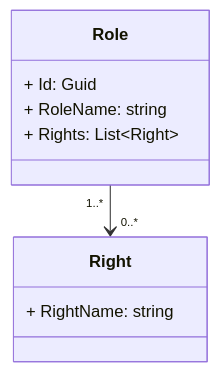
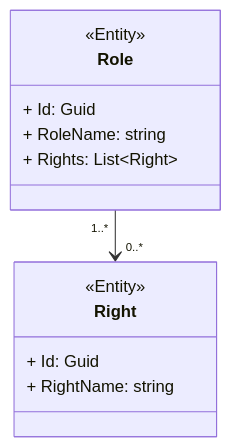
One commit to sdlfly2000/AuthenticationServer changed the diagram in UML/Domain/Domain.Role.md. Above: the diagram before and after it, drawn with Mermaid. The commit also changed 7 other files, not shown here.

````diff
--- a/UML/Domain/Domain.Role.md
+++ b/UML/Domain/Domain.Role.md
@@ -3,21 +3,24 @@
 ```mermaid
 ---
 config:
     class:
         hideEmptyMembersBox: true
 ---
 
 classDiagram
     class Role {
+        <<Entity>>
         + Id: Guid
         + RoleName: string
         + Rights: List~Right~
     }
 
     class Right {
+        <<Entity>>
+        + Id: Guid
         + RightName: string
     }
 
     %%{{Relationship}}%%
     Role "1..*"--> "0..*" Right
 ```
````
